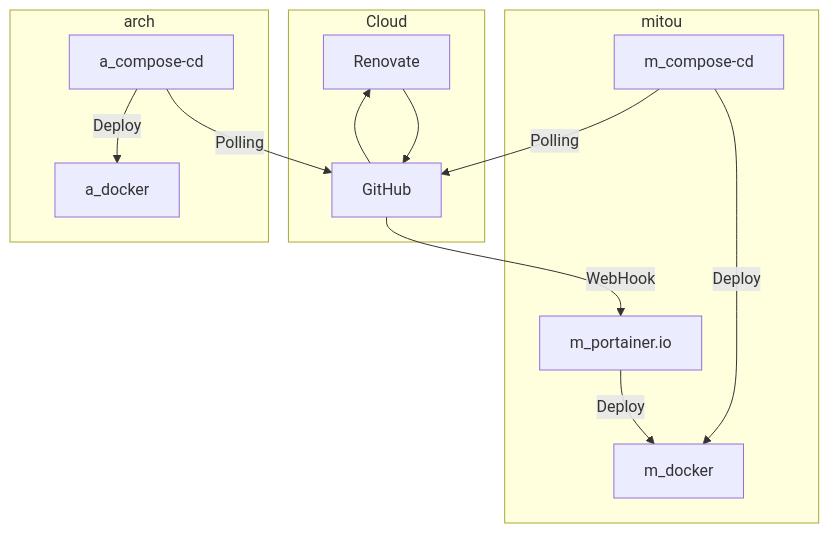
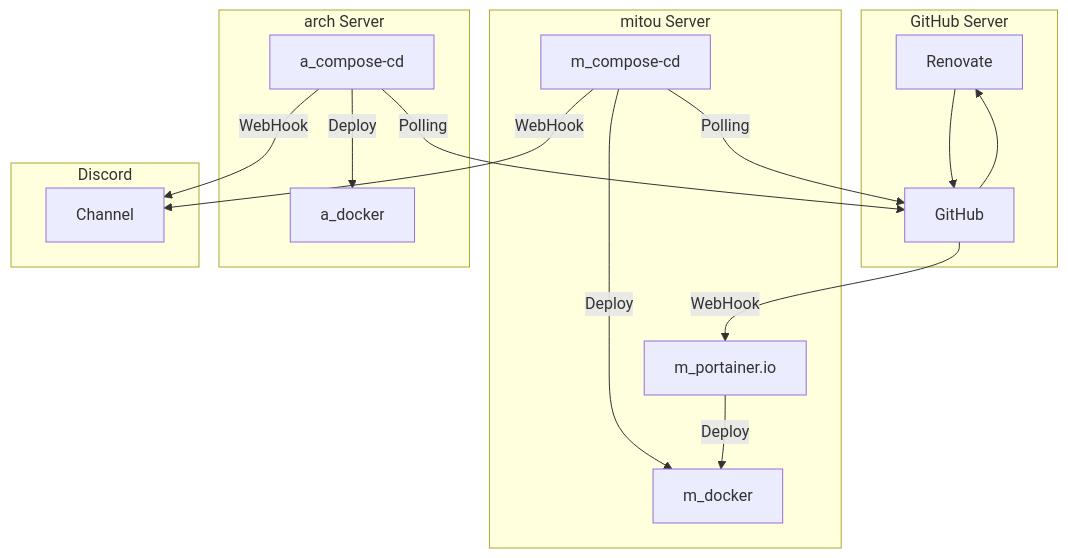
One commit to yr32infra/.github changed the diagram in README.md. Above: the diagram before and after it, drawn with Mermaid.

````diff
--- a/README.md
+++ b/README.md
@@ -3,19 +3,24 @@
 ```mermaid
 graph TD;
-    subgraph Cloud
+    subgraph GitHub Server
     Renovate-->GitHub
     GitHub-->Renovate
     end
     
-    subgraph mitou
+    subgraph mitou Server
     m_compose-cd--Polling-->GitHub
     GitHub--WebHook-->m_portainer.io
     m_compose-cd--Deploy-->m_docker
     m_portainer.io--Deploy-->m_docker
     end
       
-    subgraph arch
+    subgraph arch Server
     a_compose-cd--Polling-->GitHub
     a_compose-cd--Deploy-->a_docker
     end
+    
+    subgraph Discord
+    a_compose-cd--WebHook-->Channel
+    m_compose-cd--WebHook-->Channel
+    end
 ```
````
